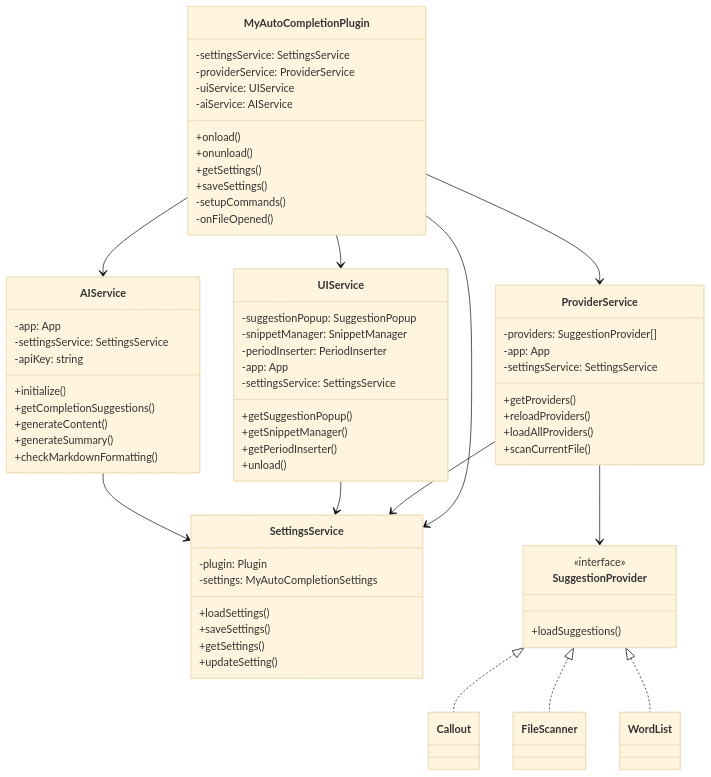
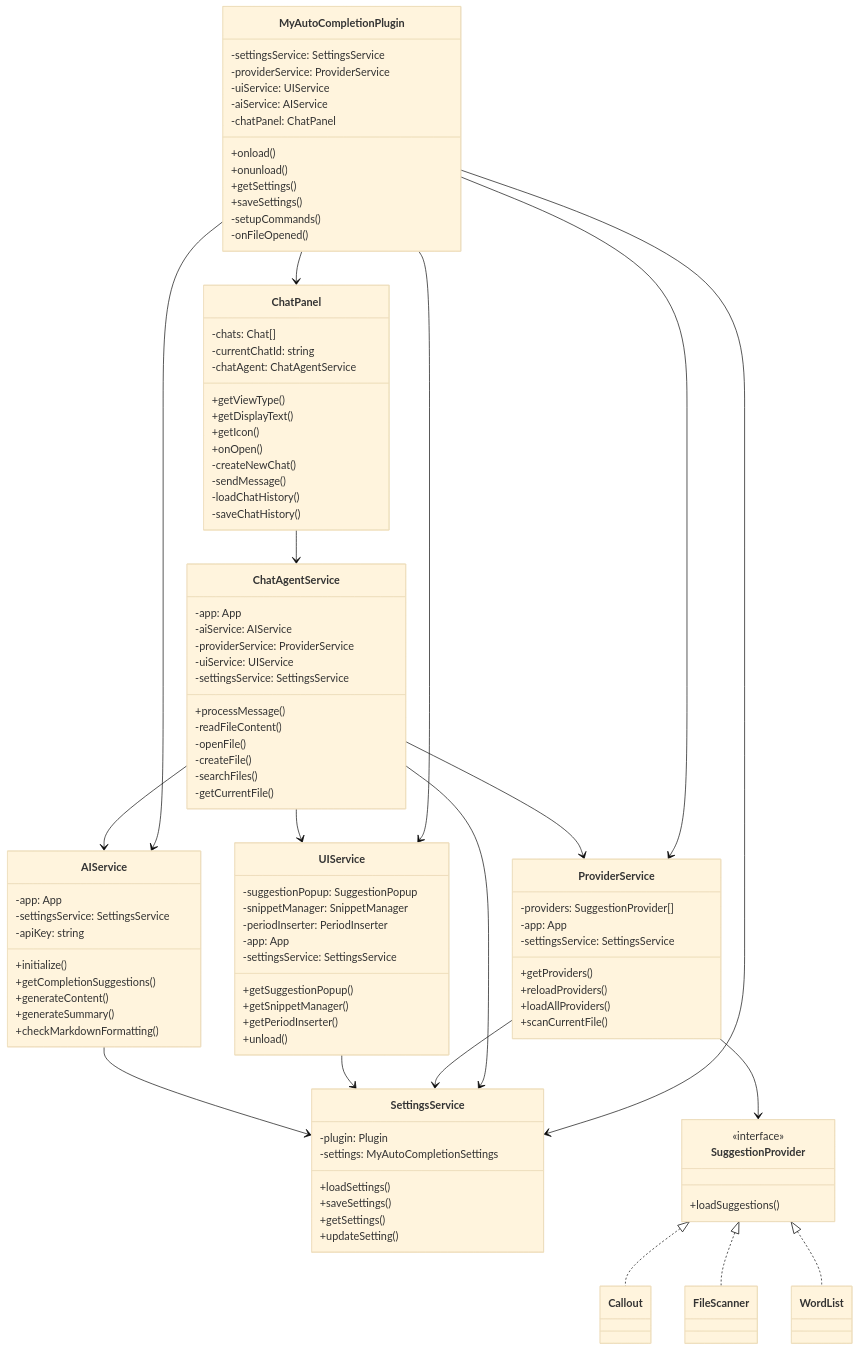
Before and after one commit to effzehljmc/my-auto-completion-plugin: the first of 2 diagrams in docs/architecture.md, drawn with Mermaid (base theme). The commit also changed other lines of this file and 16 other files, not shown here.

```diff
--- a/docs/architecture.md
+++ b/docs/architecture.md
@@ -8,12 +8,41 @@
         -providerService: ProviderService
         -uiService: UIService
         -aiService: AIService
+        -chatPanel: ChatPanel
         +onload()
         +onunload()
         +getSettings()
         +saveSettings()
         -setupCommands()
         -onFileOpened()
+    }
+
+    class ChatPanel {
+        -chats: Chat[]
+        -currentChatId: string
+        -chatAgent: ChatAgentService
+        +getViewType()
+        +getDisplayText()
+        +getIcon()
+        +onOpen()
+        -createNewChat()
+        -sendMessage()
+        -loadChatHistory()
+        -saveChatHistory()
+    }
+
+    class ChatAgentService {
+        -app: App
+        -aiService: AIService
+        -providerService: ProviderService
+        -uiService: UIService
+        -settingsService: SettingsService
+        +processMessage()
+        -readFileContent()
+        -openFile()
+        -createFile()
+        -searchFiles()
+        -getCurrentFile()
     }
 
     class SettingsService {
@@ -67,6 +96,12 @@
     MyAutoCompletionPlugin --> ProviderService
     MyAutoCompletionPlugin --> UIService
     MyAutoCompletionPlugin --> AIService
+    MyAutoCompletionPlugin --> ChatPanel
+    ChatPanel --> ChatAgentService
+    ChatAgentService --> AIService
+    ChatAgentService --> ProviderService
+    ChatAgentService --> UIService
+    ChatAgentService --> SettingsService
     ProviderService --> SettingsService
     UIService --> SettingsService
     AIService --> SettingsService
```
